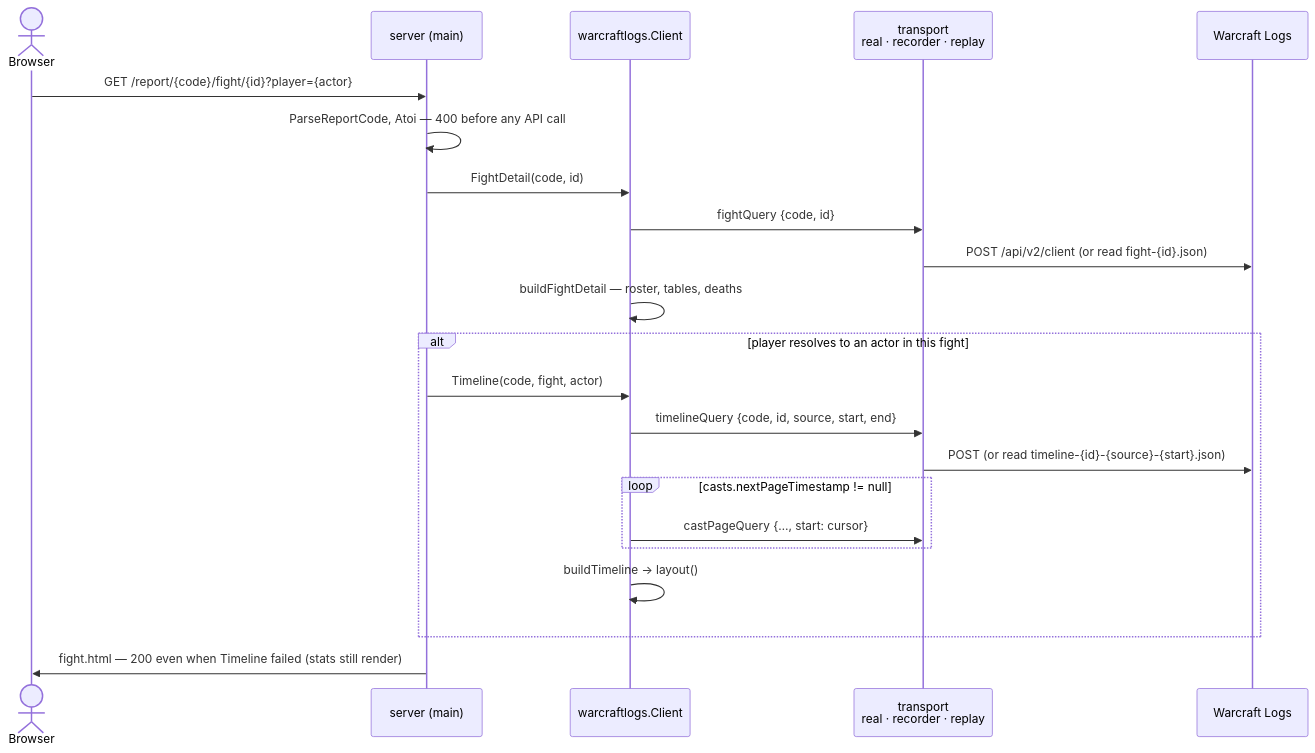
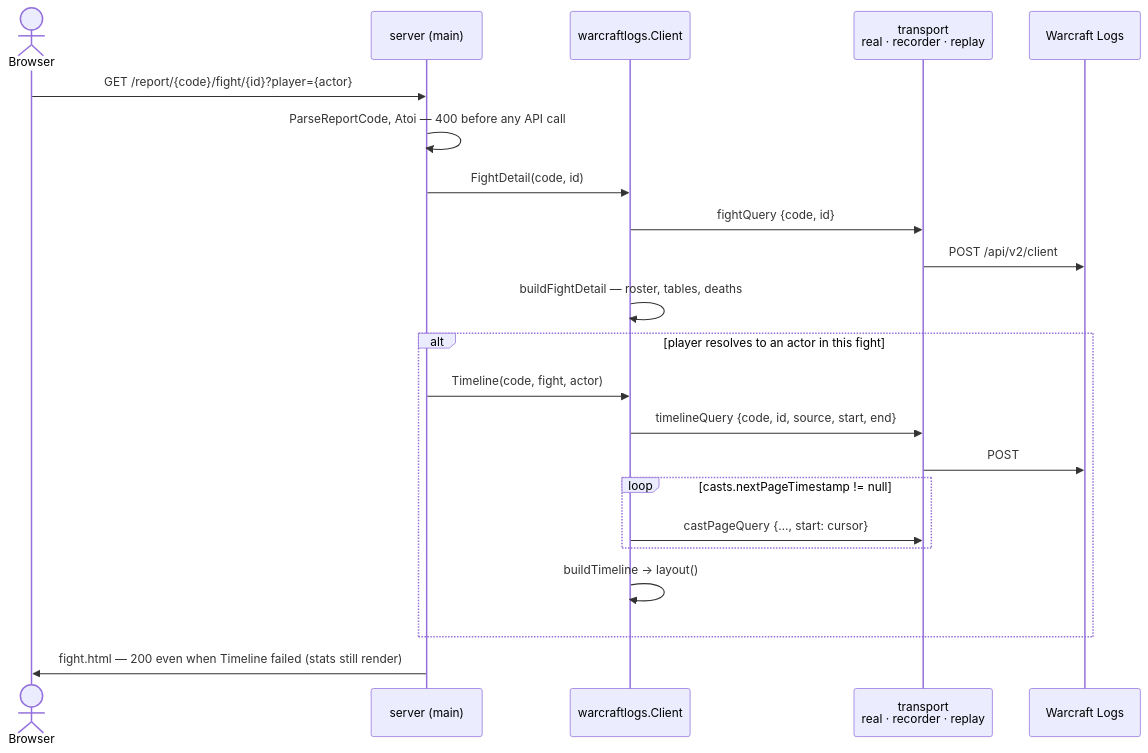
Before and after one commit to Gabriel2048/wow-insights: the third of 3 diagrams in ARCHITECTURE.md, drawn with Mermaid.

Commit message:
Drop the fixture file names from the request sequence
The transport row already says the wire can be real, recorded or replayed;
the file-naming convention belongs to the fixture ADR.

Claude-Session: https://claude.ai/code/session_01BQKntxwDvnhuBFrsNmRnie

````diff
--- a/ARCHITECTURE.md
+++ b/ARCHITECTURE.md
@@ -99,25 +99,25 @@
 ```mermaid
 sequenceDiagram
     actor B as Browser
     participant S as server (main)
     participant C as warcraftlogs.Client
     participant T as transport<br/>real · recorder · replay
     participant W as Warcraft Logs
 
     B->>S: GET /report/{code}/fight/{id}?player={actor}
     S->>S: ParseReportCode, Atoi — 400 before any API call
     S->>C: FightDetail(code, id)
     C->>T: fightQuery {code, id}
-    T->>W: POST /api/v2/client (or read fight-{id}.json)
+    T->>W: POST /api/v2/client
     C->>C: buildFightDetail — roster, tables, deaths
     alt player resolves to an actor in this fight
         S->>C: Timeline(code, fight, actor)
         C->>T: timelineQuery {code, id, source, start, end}
-        T->>W: POST (or read timeline-{id}-{source}-{start}.json)
+        T->>W: POST
         loop casts.nextPageTimestamp != null
             C->>T: castPageQuery {…, start: cursor}
         end
         C->>C: buildTimeline → layout()
     end
     S->>B: fight.html — 200 even when Timeline failed (stats still render)
 ```
````
